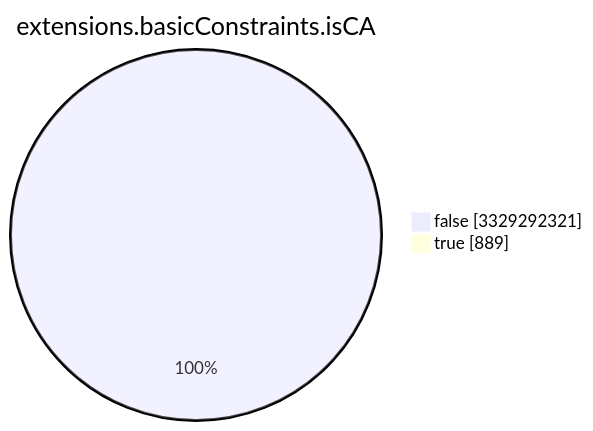
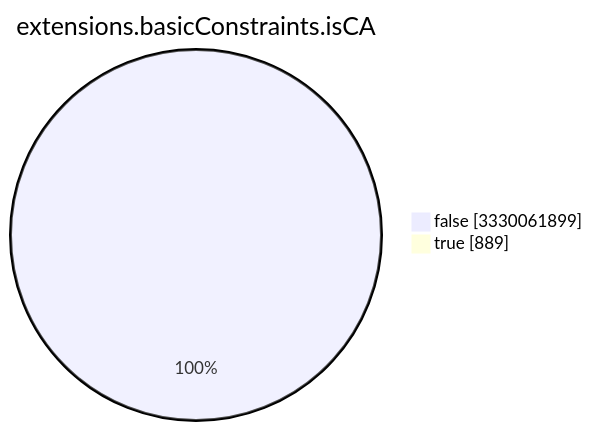
One commit to christiankrug/ctmonitor_visualization changed the seventh of 15 diagrams in TOTAL/README.md. Above: the diagram before and after it, drawn with Mermaid. The commit also changed other lines of this file, not shown here.

````diff
--- a/TOTAL/README.md
+++ b/TOTAL/README.md
@@ -3089,6 +3089,6 @@
 ```mermaid
 pie showData
 title extensions.basicConstraints.isCA
-"false" :3329292321
+"false" :3330061899
 "true" :889
 ```
````
